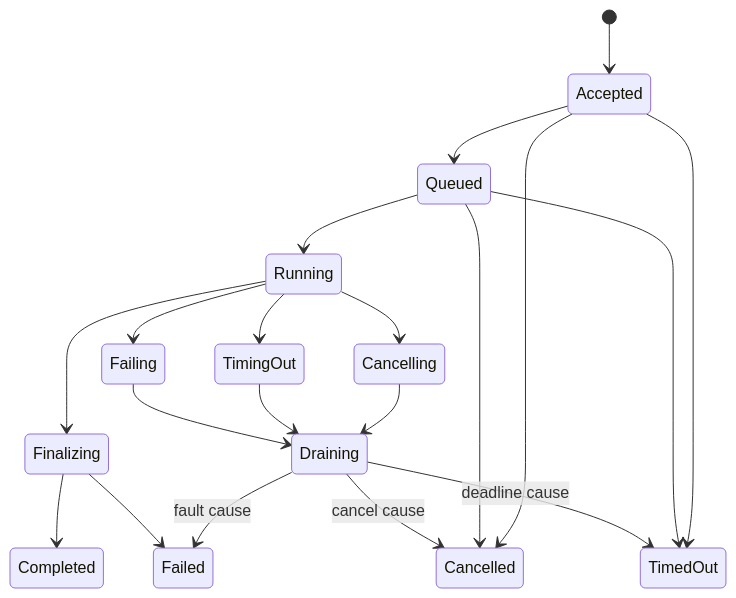
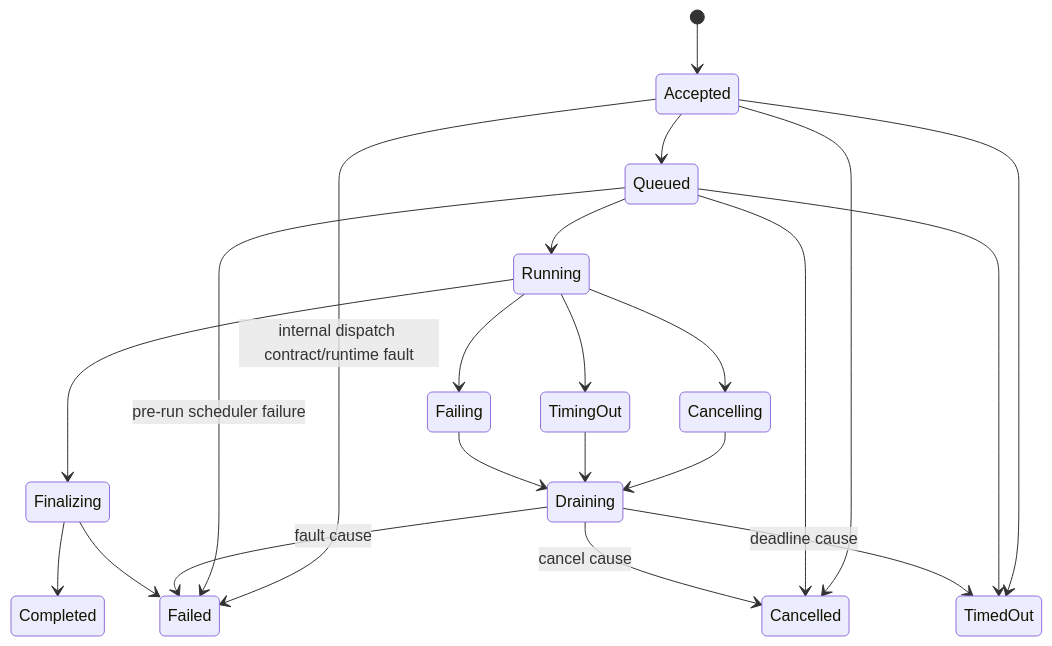
Before and after one commit to aniping/VNA: the fifth of 5 diagrams in docs/design/system-architecture.md, drawn with Mermaid. The commit also changed other lines of this file and 12 other files, not shown here.

````diff
--- a/docs/design/system-architecture.md
+++ b/docs/design/system-architecture.md
@@ -726,22 +824,24 @@
 ```mermaid
 stateDiagram-v2
     [*] --> Accepted
     Accepted --> Queued
     Queued --> Running
     Running --> Finalizing
     Finalizing --> Completed
+    Accepted --> Failed: internal dispatch contract/runtime fault
     Accepted --> Cancelled
     Accepted --> TimedOut
+    Queued --> Failed: pre-run scheduler failure
     Queued --> Cancelled
     Queued --> TimedOut
     Running --> Cancelling
     Running --> TimingOut
     Running --> Failing
     Cancelling --> Draining
     TimingOut --> Draining
     Failing --> Draining
     Draining --> Cancelled: cancel cause
     Draining --> TimedOut: deadline cause
     Draining --> Failed: fault cause
     Finalizing --> Failed
 ```
````
